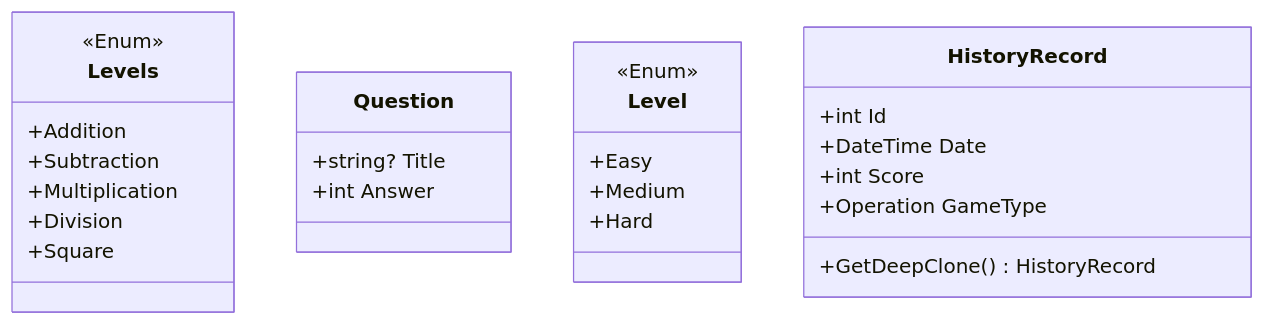
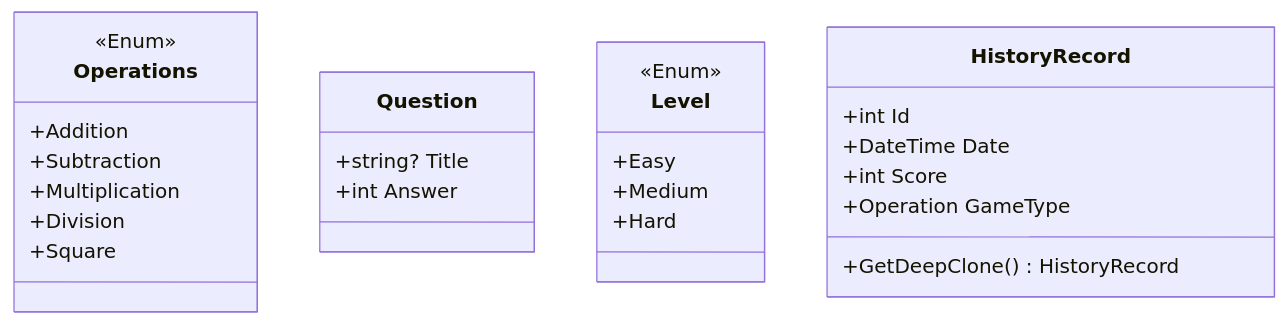
The third of 4 diagrams in readme.md (CodeDreamer06/MathGameChallenge), drawn with Mermaid before and after one commit. The commit also changed other lines of this file and 6 other files, not shown here.

````diff
--- a/readme.md
+++ b/readme.md
@@ -75,31 +96,31 @@
 ```mermaid
 classDiagram
-  class Levels {
+  class Operations {
 	<<Enum>>
 	+Addition
     +Subtraction
     +Multiplication
     +Division
     +Square
   }
 
   class Question {
     +string? Title
     +int Answer
   }
 
   class Level {
     <<Enum>>
     +Easy
     +Medium
     +Hard
   }
   
   class HistoryRecord {
     +int Id
     +DateTime Date
     +int Score
     +Operation GameType
     +GetDeepClone() HistoryRecord
   }
 ```
````
